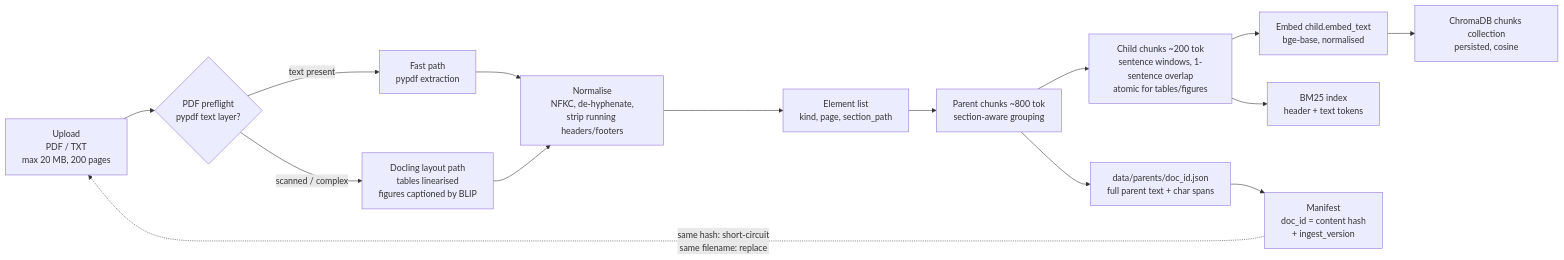
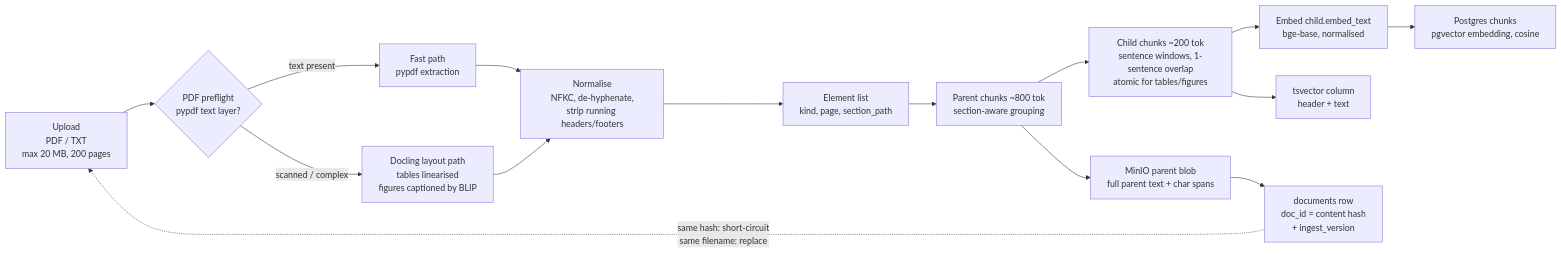
One commit to nishanthsr7-eng/smart-document-assistant changed the diagram in docs/diagrams/02-ingestion-pipeline.mmd. Above: the diagram before and after it, drawn with Mermaid. The commit also changed 31 other files, not shown here.

```diff
--- a/docs/diagrams/02-ingestion-pipeline.mmd
+++ b/docs/diagrams/02-ingestion-pipeline.mmd
@@ -1,16 +1,16 @@
 graph LR
     U["Upload<br/>PDF / TXT<br/>max 20 MB, 200 pages"] --> PF{"PDF preflight<br/>pypdf text layer?"}
     PF -->|"text present"| FAST["Fast path<br/>pypdf extraction"]
     PF -->|"scanned / complex"| SLOW["Docling layout path<br/>tables linearised<br/>figures captioned by BLIP"]
     FAST --> CLEAN
     SLOW --> CLEAN
     CLEAN["Normalise<br/>NFKC, de-hyphenate,<br/>strip running headers/footers"] --> EL["Element list<br/>kind, page, section_path"]
     EL --> PC["Parent chunks ~800 tok<br/>section-aware grouping"]
     PC --> CC["Child chunks ~200 tok<br/>sentence windows, 1-sentence overlap<br/>atomic for tables/figures"]
     CC --> EMB["Embed child.embed_text<br/>bge-base, normalised"]
-    EMB --> CH["ChromaDB chunks collection<br/>persisted, cosine"]
-    CC --> BM["BM25 index<br/>header + text tokens"]
-    PC --> PJ["data/parents/doc_id.json<br/>full parent text + char spans"]
-    PJ --> MF["Manifest<br/>doc_id = content hash<br/>+ ingest_version"]
+    EMB --> CH["Postgres chunks<br/>pgvector embedding, cosine"]
+    CC --> BM["tsvector column<br/>header + text"]
+    PC --> PJ["MinIO parent blob<br/>full parent text + char spans"]
+    PJ --> MF["documents row<br/>doc_id = content hash<br/>+ ingest_version"]
 
     MF -.->|"same hash: short-circuit<br/>same filename: replace"| U
```
